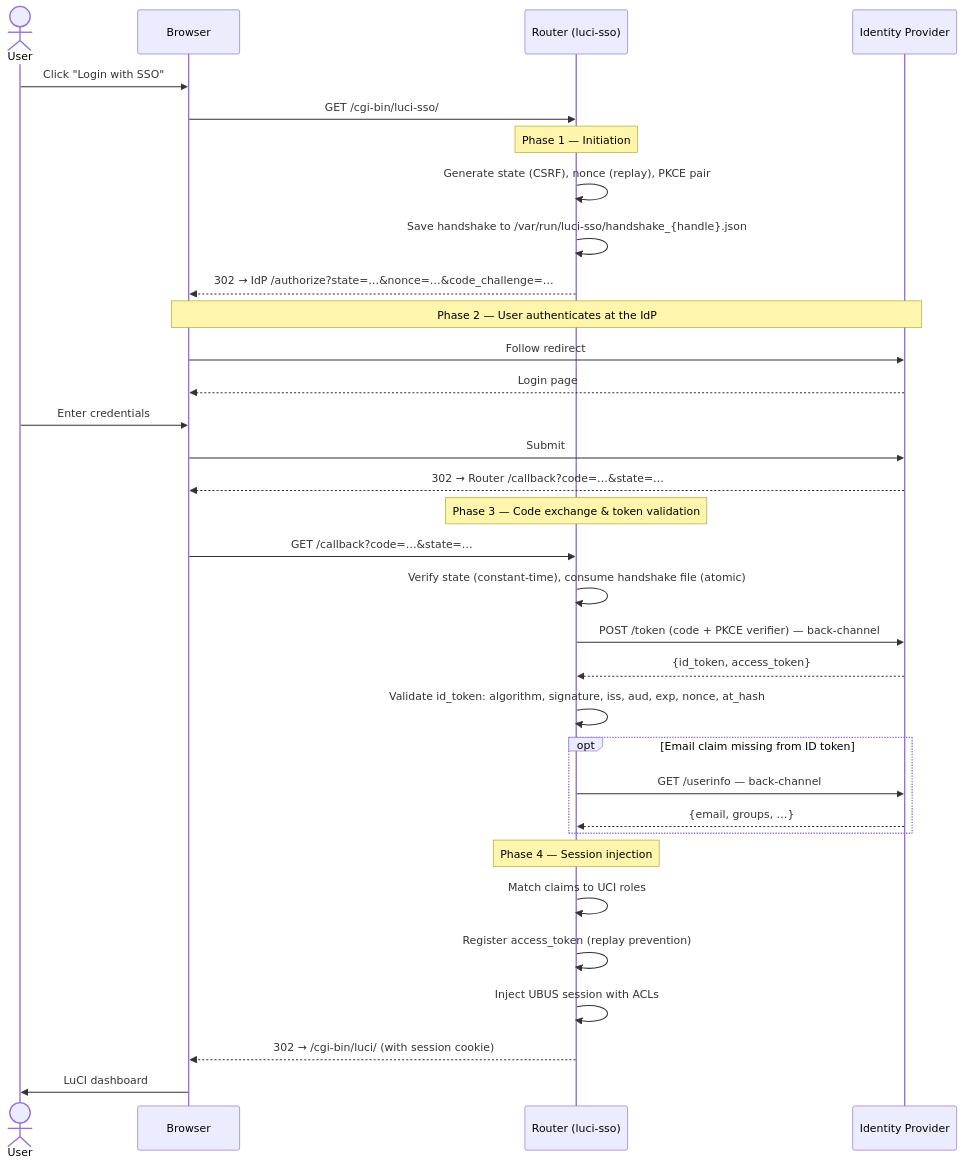
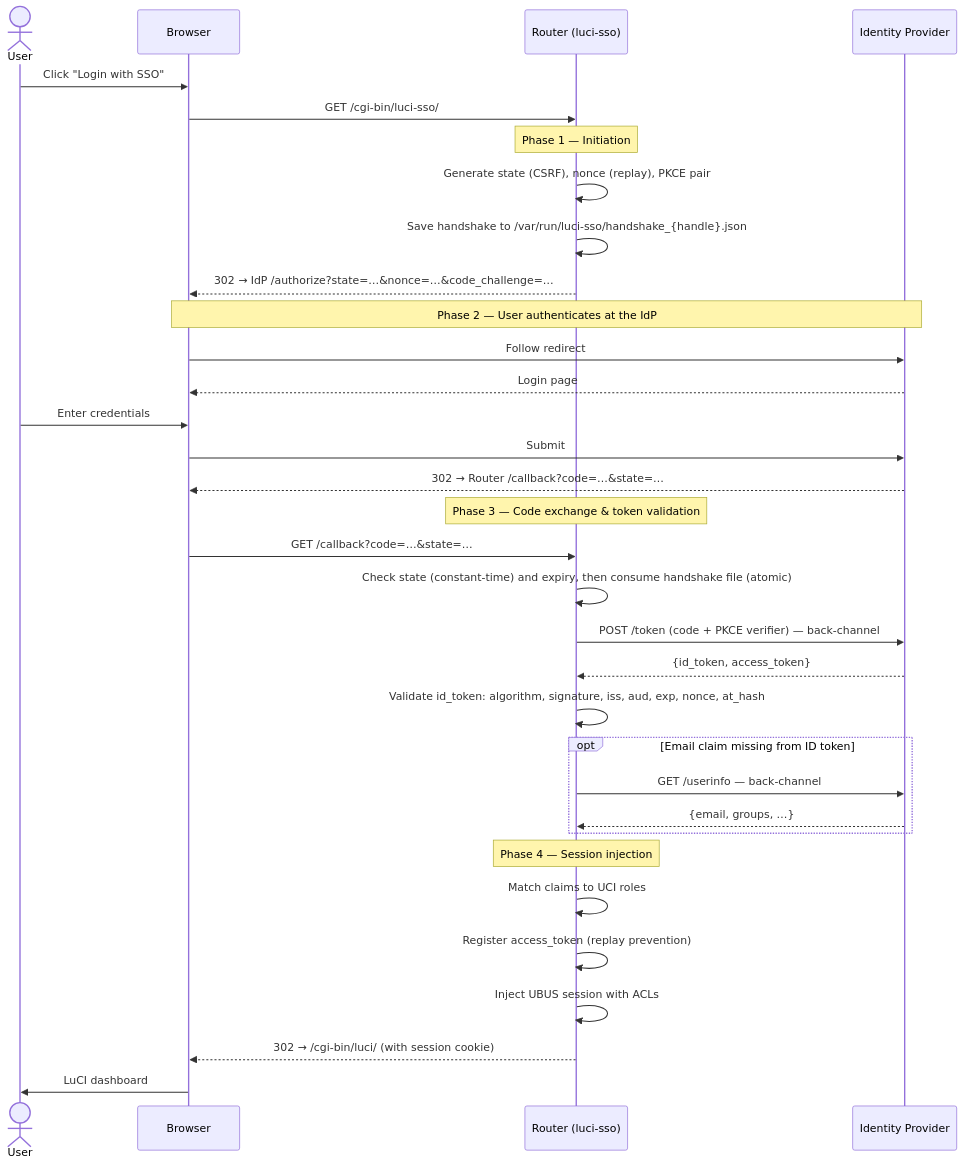
One commit to m00qek/luci-sso changed the diagram in docs/explanation/oidc-flow.md. Above: the diagram before and after it, drawn with Mermaid. The commit also changed other lines of this file and 8 other files, not shown here.

````diff
--- a/docs/explanation/oidc-flow.md
+++ b/docs/explanation/oidc-flow.md
@@ -9,40 +9,40 @@
 ```mermaid
 sequenceDiagram
     actor User
     participant B as Browser
     participant R as Router (luci-sso)
     participant I as Identity Provider
 
     User->>B: Click "Login with SSO"
     B->>R: GET /cgi-bin/luci-sso/
 
     Note over R: Phase 1 — Initiation
     R->>R: Generate state (CSRF), nonce (replay), PKCE pair
     R->>R: Save handshake to /var/run/luci-sso/handshake_{handle}.json
     R-->>B: 302 → IdP /authorize?state=…&nonce=…&code_challenge=…
 
     Note over B,I: Phase 2 — User authenticates at the IdP
     B->>I: Follow redirect
     I-->>B: Login page
     User->>B: Enter credentials
     B->>I: Submit
     I-->>B: 302 → Router /callback?code=…&state=…
 
     Note over R: Phase 3 — Code exchange & token validation
     B->>R: GET /callback?code=…&state=…
-    R->>R: Verify state (constant-time), consume handshake file (atomic)
+    R->>R: Check state (constant-time) and expiry, then consume handshake file (atomic)
     R->>I: POST /token (code + PKCE verifier) — back-channel
     I-->>R: {id_token, access_token}
     R->>R: Validate id_token: algorithm, signature, iss, aud, exp, nonce, at_hash
     opt Email claim missing from ID token
         R->>I: GET /userinfo — back-channel
         I-->>R: {email, groups, …}
     end
 
     Note over R: Phase 4 — Session injection
     R->>R: Match claims to UCI roles
     R->>R: Register access_token (replay prevention)
     R->>R: Inject UBUS session with ACLs
     R-->>B: 302 → /cgi-bin/luci/ (with session cookie)
     B->>User: LuCI dashboard
 ```
````
